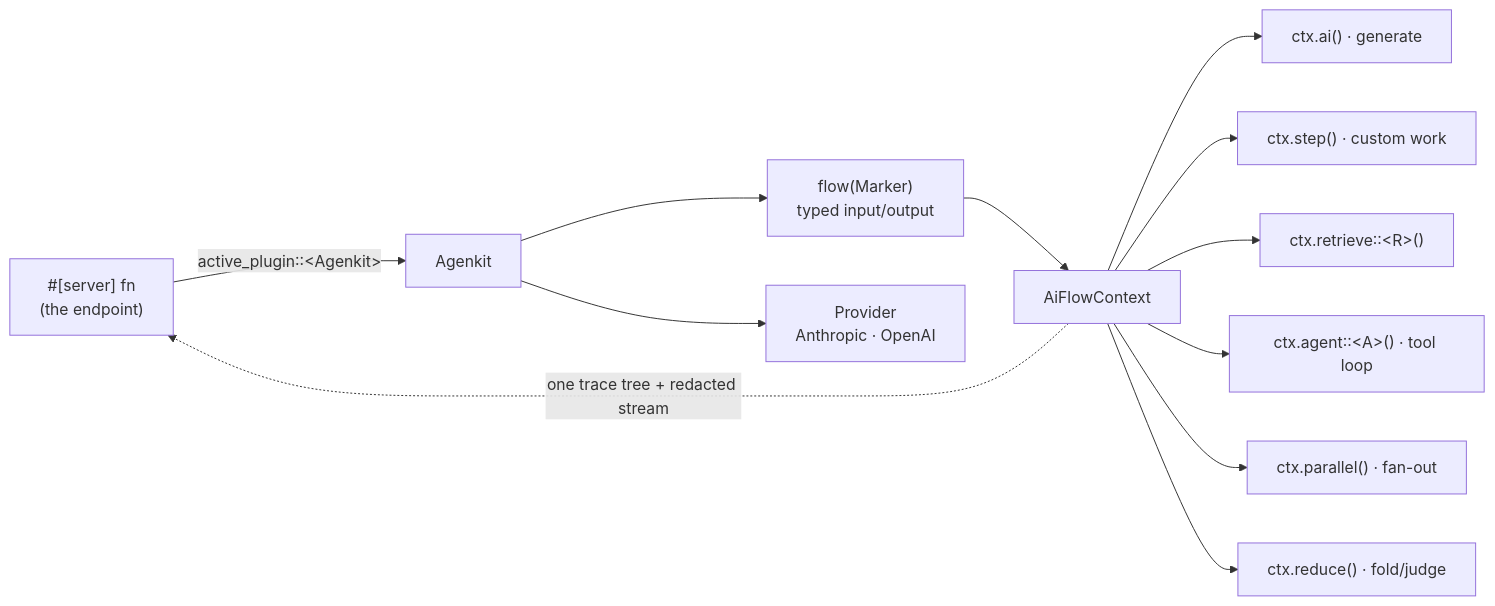
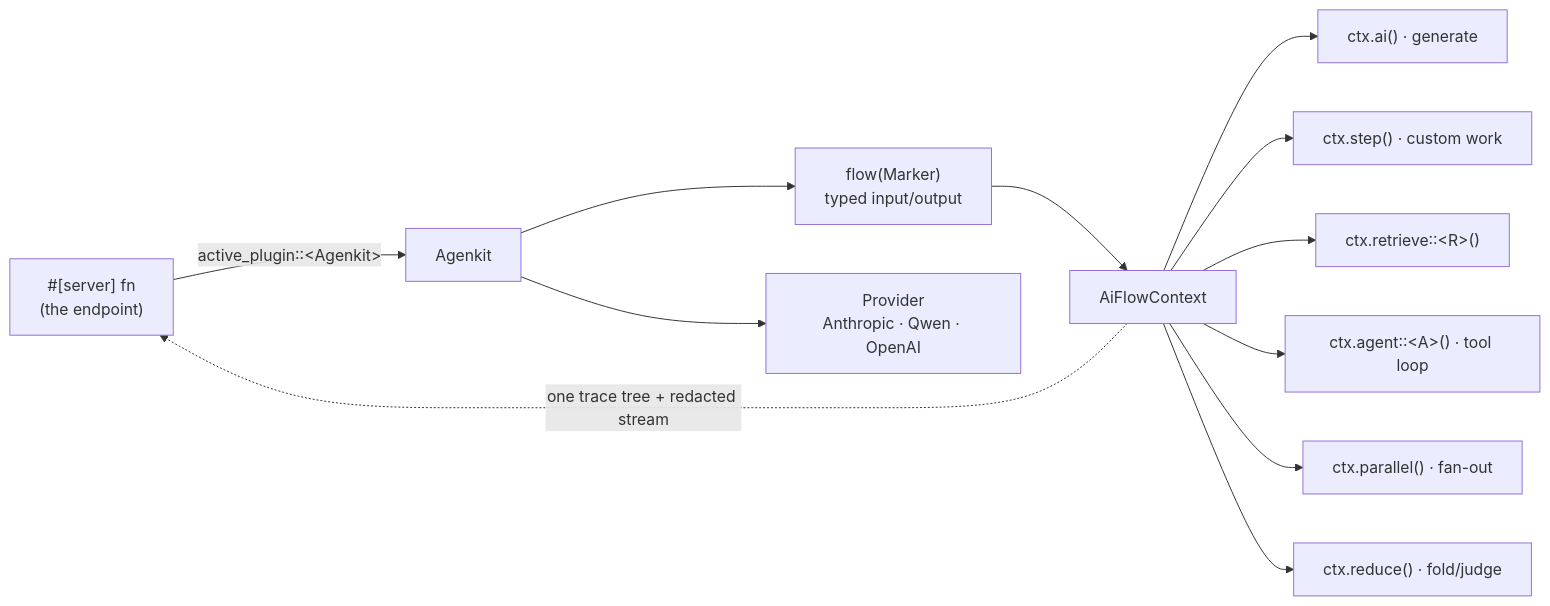
The diagram in docs/guides/agenkit/README.md (mambisi/pocopine), drawn with Mermaid before and after one commit. The commit also changed other lines of this file and 11 other files, not shown here.

````diff
--- a/docs/guides/agenkit/README.md
+++ b/docs/guides/agenkit/README.md
@@ -15,14 +15,14 @@
 ```mermaid
 graph LR
   app["#[server] fn<br/>(the endpoint)"] -->|active_plugin::#lt;Agenkit#gt;| AK["Agenkit"]
   AK --> FL["flow(Marker)<br/>typed input/output"]
   FL --> CTX["AiFlowContext"]
   CTX --> AI["ctx.ai() · generate"]
   CTX --> ST["ctx.step() · custom work"]
   CTX --> RT["ctx.retrieve::#lt;R#gt;()"]
   CTX --> AG["ctx.agent::#lt;A#gt;() · tool loop"]
   CTX --> PAR["ctx.parallel() · fan-out"]
   CTX --> RED["ctx.reduce() · fold/judge"]
-  AK --> PV["Provider<br/>Anthropic · OpenAI"]
+  AK --> PV["Provider<br/>Anthropic · Qwen · OpenAI"]
   CTX -.->|one trace tree + redacted stream| app
 ```
````
